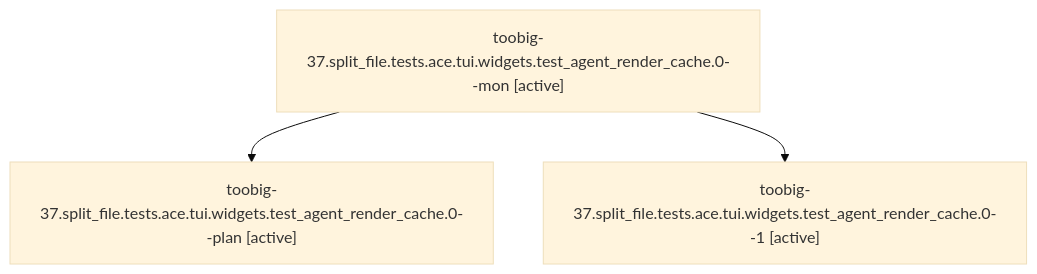
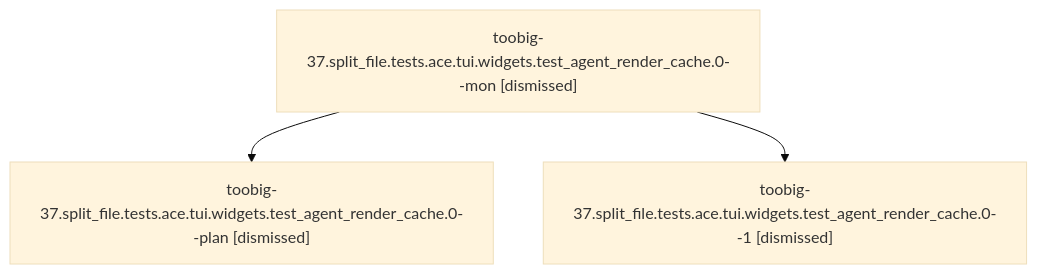
One commit to sase-org/sase--agents changed the diagram in sessions/bbugyi200.athena.toobig-37.split_file.tests.ace.tui.widgets.test_agent_render_cache.0.md. Above: the diagram before and after it, drawn with Mermaid (base theme). The commit also changed other lines of this file and 112 other files, not shown here.

````diff
--- a/sessions/bbugyi200.athena.toobig-37.split_file.tests.ace.tui.widgets.test_agent_render_cache.0.md
+++ b/sessions/bbugyi200.athena.toobig-37.split_file.tests.ace.tui.widgets.test_agent_render_cache.0.md
@@ -9,8 +9,8 @@
 ```mermaid
 flowchart TD
-  n0["toobig-37.split_file.tests.ace.tui.widgets.test_agent_render_cache.0--mon [active]"]
-  n1["toobig-37.split_file.tests.ace.tui.widgets.test_agent_render_cache.0--plan [active]"]
+  n0["toobig-37.split_file.tests.ace.tui.widgets.test_agent_render_cache.0--mon [dismissed]"]
+  n1["toobig-37.split_file.tests.ace.tui.widgets.test_agent_render_cache.0--plan [dismissed]"]
   n0 --> n1
-  n2["toobig-37.split_file.tests.ace.tui.widgets.test_agent_render_cache.0--1 [active]"]
+  n2["toobig-37.split_file.tests.ace.tui.widgets.test_agent_render_cache.0--1 [dismissed]"]
   n0 --> n2
 ```
````
